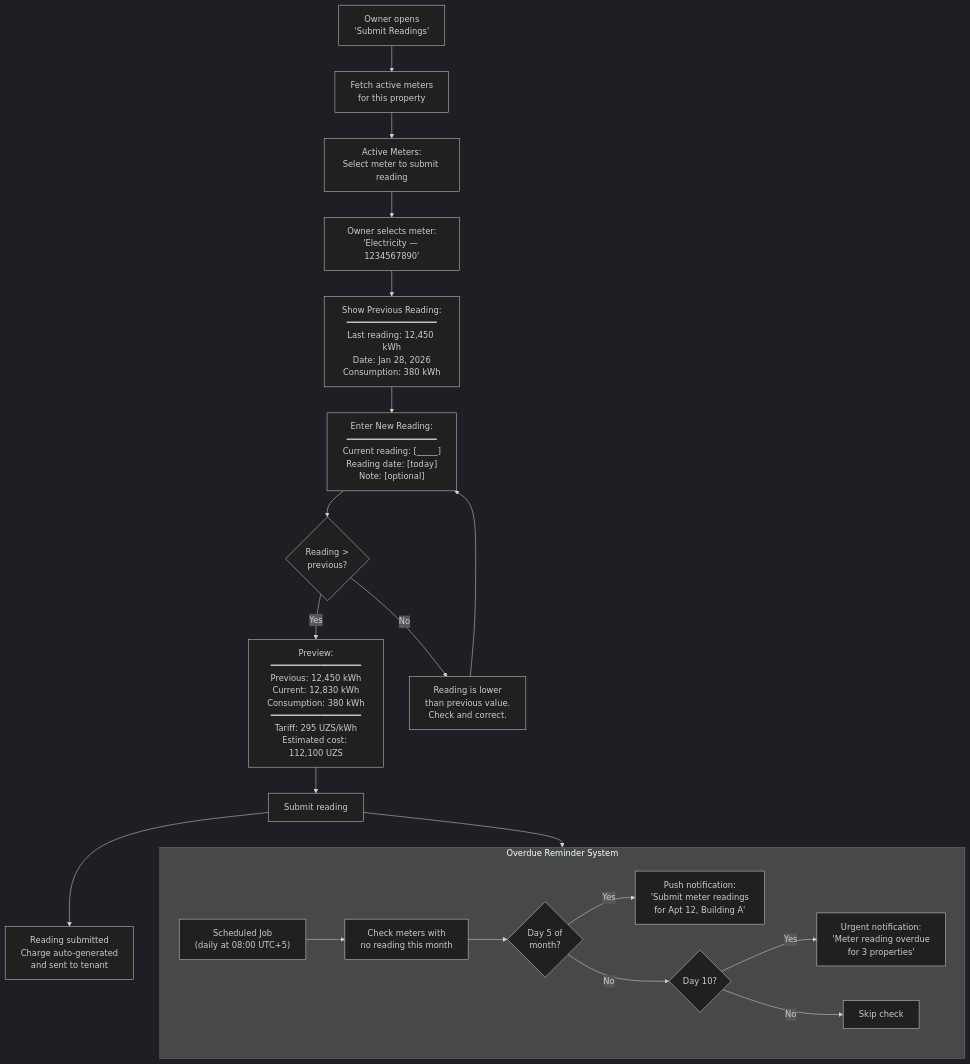
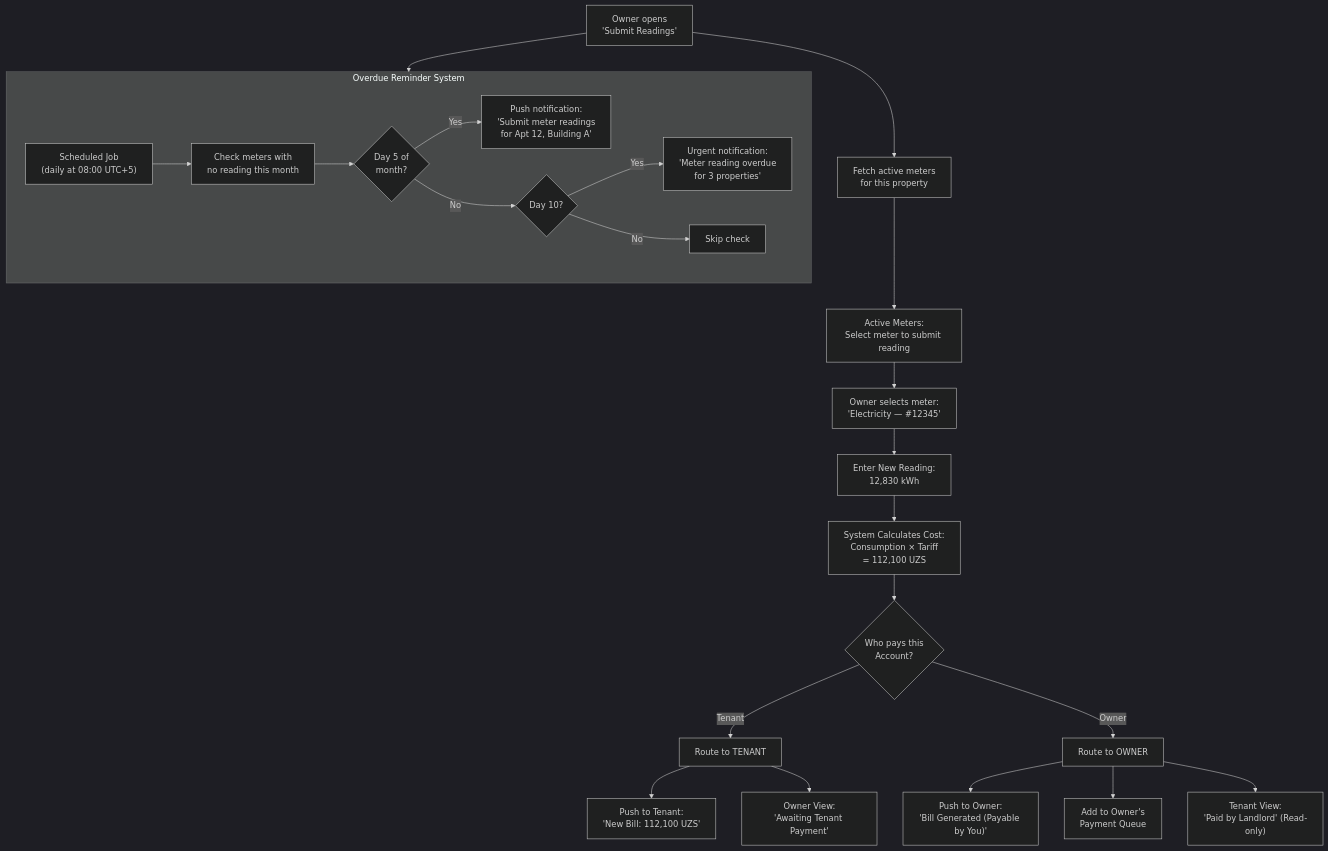
Before and after one commit to saodatm-dev/Utilities---Informational-Architecture: the fifth of 10 diagrams in Utilities - Business Owner.md, drawn with Mermaid (dark theme). The commit also changed other lines of this file, not shown here.

Commit message:
feat: introduce per-utility account payment responsibility for owners, tenants, and update related flows and UI.

````diff
--- a/Utilities - Business Owner.md
+++ b/Utilities - Business Owner.md
@@ -136,34 +137,34 @@
 ```mermaid
 flowchart TD
     READINGS["Owner opens<br/>'Submit Readings'"] --> LOAD["Fetch active meters<br/>for this property"]
 
     LOAD --> METER_LIST["Active Meters:<br/>Select meter to submit reading"]
 
-    METER_LIST --> SELECT["Owner selects meter:<br/>'Electricity — 1234567890'"]
+    METER_LIST --> SELECT["Owner selects meter:<br/>'Electricity — #12345'"]
 
-    SELECT --> PREV["Show Previous Reading:<br/>━━━━━━━━━━━━━━━━━━<br/>Last reading: 12,450 kWh<br/>Date: Jan 28, 2026<br/>Consumption: 380 kWh"]
+    SELECT --> INPUT["Enter New Reading:<br/>12,830 kWh"]
 
-    PREV --> INPUT["Enter New Reading:<br/>━━━━━━━━━━━━━━━━━━<br/>Current reading: [_____]<br/>Reading date: [today]<br/>Note: [optional]"]
+    INPUT --> CALC["System Calculates Cost:<br/>Consumption × Tariff<br/>= 112,100 UZS"]
 
-    INPUT --> CALC{"Reading ><br/>previous?"}
+    CALC --> CHECK_RESP{"Who pays this<br/>Account?"}
 
-    CALC -->|"Yes"| PREVIEW["Preview:<br/>━━━━━━━━━━━━━━━━━━<br/>Previous: 12,450 kWh<br/>Current: 12,830 kWh<br/>Consumption: 380 kWh<br/>━━━━━━━━━━━━━━━━━━<br/>Tariff: 295 UZS/kWh<br/>Estimated cost: 112,100 UZS"]
+    CHECK_RESP -->|"Tenant"| ROUTE_T["Route to TENANT"]
+    ROUTE_T --> NOTIFY_T["Push to Tenant:<br/>'New Bill: 112,100 UZS'"]
+    ROUTE_T --> SHOW_O["Owner View:<br/>'Awaiting Tenant Payment'"]
 
-    CALC -->|"No"| WARN["Reading is lower<br/>than previous value.<br/>Check and correct."]
-    WARN --> INPUT
+    CHECK_RESP -->|"Owner"| ROUTE_O["Route to OWNER"]
+    ROUTE_O --> NOTIFY_O["Push to Owner:<br/>'Bill Generated (Payable by You)'"]
+    ROUTE_O --> ADD_QUEUE["Add to Owner's<br/>Payment Queue"]
+    ROUTE_O --> SHOW_T["Tenant View:<br/>'Paid by Landlord' (Read-only)"]
 
-    PREVIEW --> SUBMIT["Submit reading"]
-
-    SUBMIT --> SUCCESS["Reading submitted<br/>Charge auto-generated<br/>and sent to tenant"]
-
-    SUBMIT --> REMINDER_FLOW
+    READINGS --> REMINDER_FLOW
 
     subgraph REMINDER_FLOW ["Overdue Reminder System"]
         CRON["Scheduled Job<br/>(daily at 08:00 UTC+5)"] --> CHECK["Check meters with<br/>no reading this month"]
         CHECK --> DAY5{"Day 5 of<br/>month?"}
         DAY5 -->|"Yes"| NOTIFY["Push notification:<br/>'Submit meter readings<br/>for Apt 12, Building A'"]
         DAY5 -->|"No"| DAY10{"Day 10?"}
         DAY10 -->|"Yes"| URGENT["Urgent notification:<br/>'Meter reading overdue<br/>for 3 properties'"]
         DAY10 -->|"No"| SKIP["Skip check"]
     end
 ```
````
